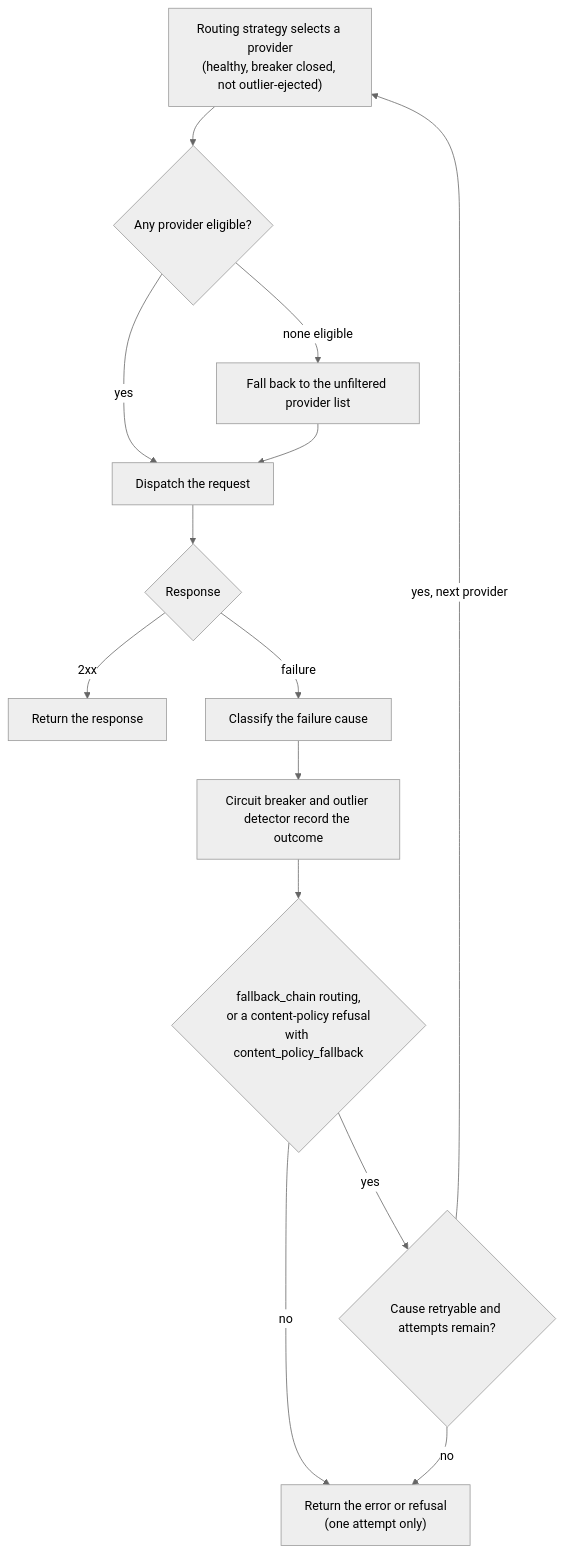
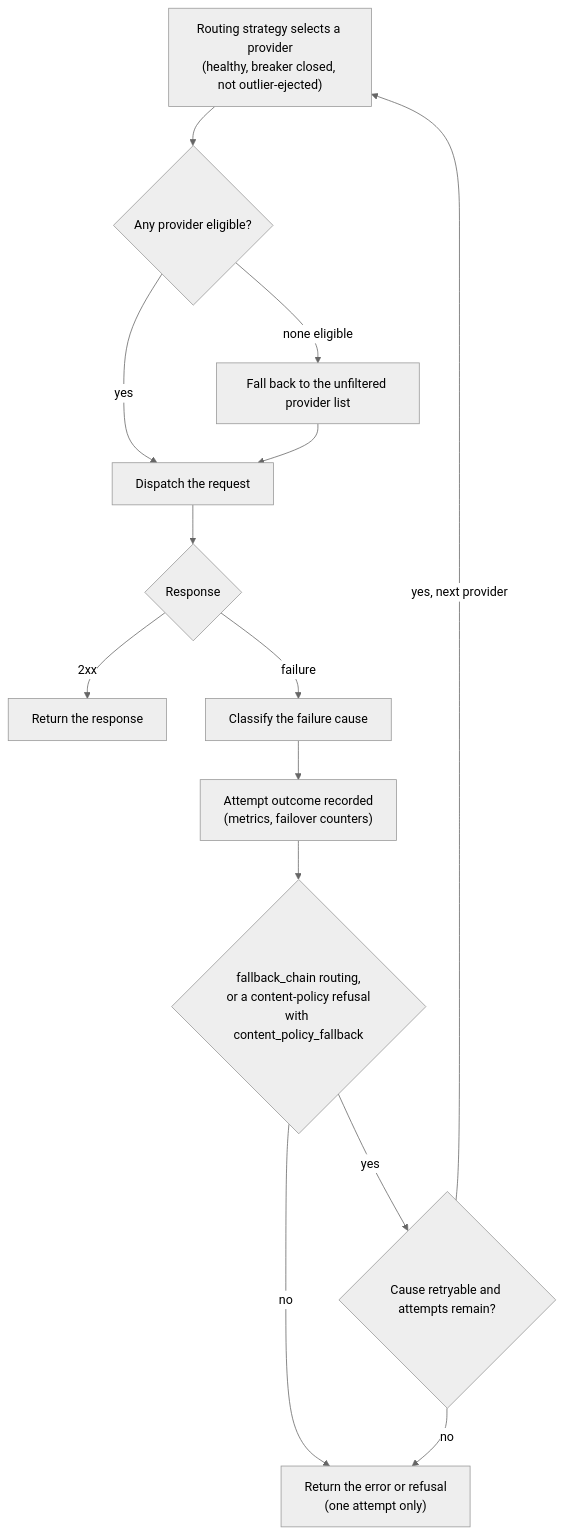
Before and after one commit to soapbucket/sbproxy: the diagram in docs/ai-llm-aware-resilience.md, drawn with Mermaid (neutral theme). The commit also changed other lines of this file and 94 other files, not shown here.

First line of the commit message:
docs: exhaustive accuracy, diagram, and journey pass across all docs

````diff
--- a/docs/ai-llm-aware-resilience.md
+++ b/docs/ai-llm-aware-resilience.md
@@ -23,16 +22,16 @@
 ```mermaid
 flowchart TD
     A["Routing strategy selects a provider\n(healthy, breaker closed, not outlier-ejected)"] --> B{Any provider eligible?}
     B -->|none eligible| C[Fall back to the unfiltered provider list]
     B -->|yes| D[Dispatch the request]
     C --> D
     D --> E{Response}
     E -->|2xx| F[Return the response]
     E -->|failure| G[Classify the failure cause]
-    G --> H[Circuit breaker and outlier detector record the outcome]
+    G --> H["Attempt outcome recorded\n(metrics, failover counters)"]
     H --> I{"fallback_chain routing,\nor a content-policy refusal\nwith content_policy_fallback"}
     I -->|no| J["Return the error or refusal\n(one attempt only)"]
     I -->|yes| K{Cause retryable and attempts remain?}
     K -->|yes, next provider| A
     K -->|no| J
 ```
````
